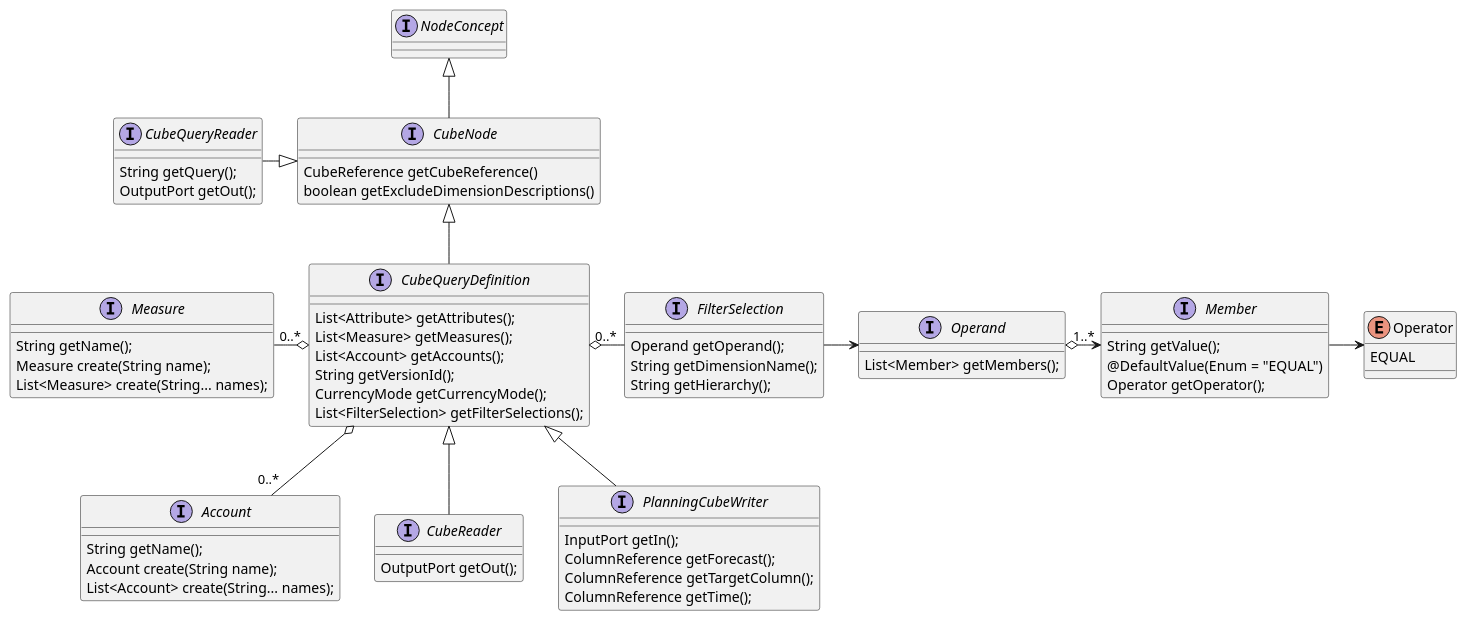
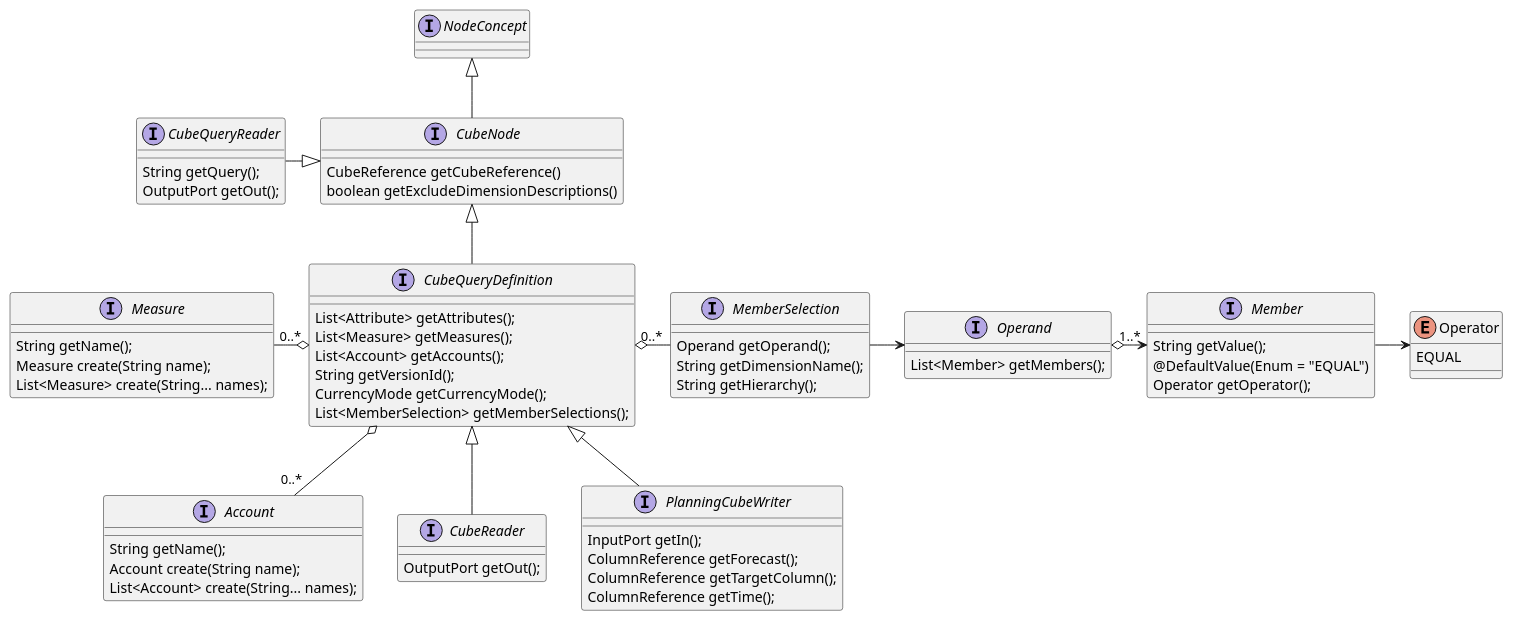
Before and after one commit to loutfinadir/uml: the diagram in pipeline-v3.wsd, drawn with PlantUML. The commit also changed 1 other file, not shown here.

```diff
--- a/pipeline-v3.wsd
+++ b/pipeline-v3.wsd
@@ -1,80 +1,80 @@
 @startuml
 
 interface NodeConcept
 
 interface CubeNode extends NodeConcept {
     CubeReference getCubeReference()
     boolean getExcludeDimensionDescriptions()
 }
 
 interface Account {
     String getName();
     Account create(String name);
     List<Account> create(String... names);
 }
 
 interface Measure {
     String getName();
     Measure create(String name);
     List<Measure> create(String... names);
 }
 
 interface CubeQueryDefinition extends CubeNode {
     List<Attribute> getAttributes();
     List<Measure> getMeasures();
     List<Account> getAccounts();
     String getVersionId();
     CurrencyMode getCurrencyMode();
-    List<FilterSelection> getFilterSelections();
+    List<MemberSelection> getMemberSelections();
 }
 
 
 interface CubeReader extends CubeQueryDefinition {
     OutputPort getOut();
 }
 
 interface PlanningCubeWriter extends CubeQueryDefinition {
 
     InputPort getIn();
     ColumnReference getForecast();
     ColumnReference getTargetColumn();
     ColumnReference getTime();
 }
 
 interface CubeQueryReader{
     String getQuery();
    OutputPort getOut();
 }
 
 enum Operator {
 	EQUAL
 }
 
 interface Member {
 	String getValue();
     @DefaultValue(Enum = "EQUAL")
 	Operator getOperator();
 }
 
 interface Operand {
 	
 	List<Member> getMembers();
 }
 
-interface FilterSelection {
+interface MemberSelection {
 
 	Operand getOperand();
 	
 	String getDimensionName();
 	String getHierarchy();
 }
 
-FilterSelection -> Operand
+MemberSelection -> Operand
 Member -> Operator
 Operand o-> "1..*" Member
 CubeQueryDefinition o-left- "0..*" Measure
 CubeQueryDefinition o-down- "0..*" Account
-CubeQueryDefinition o-right- "0..*" FilterSelection
+CubeQueryDefinition o-right- "0..*" MemberSelection
 
 CubeQueryReader -|> CubeNode
 @enduml
```
